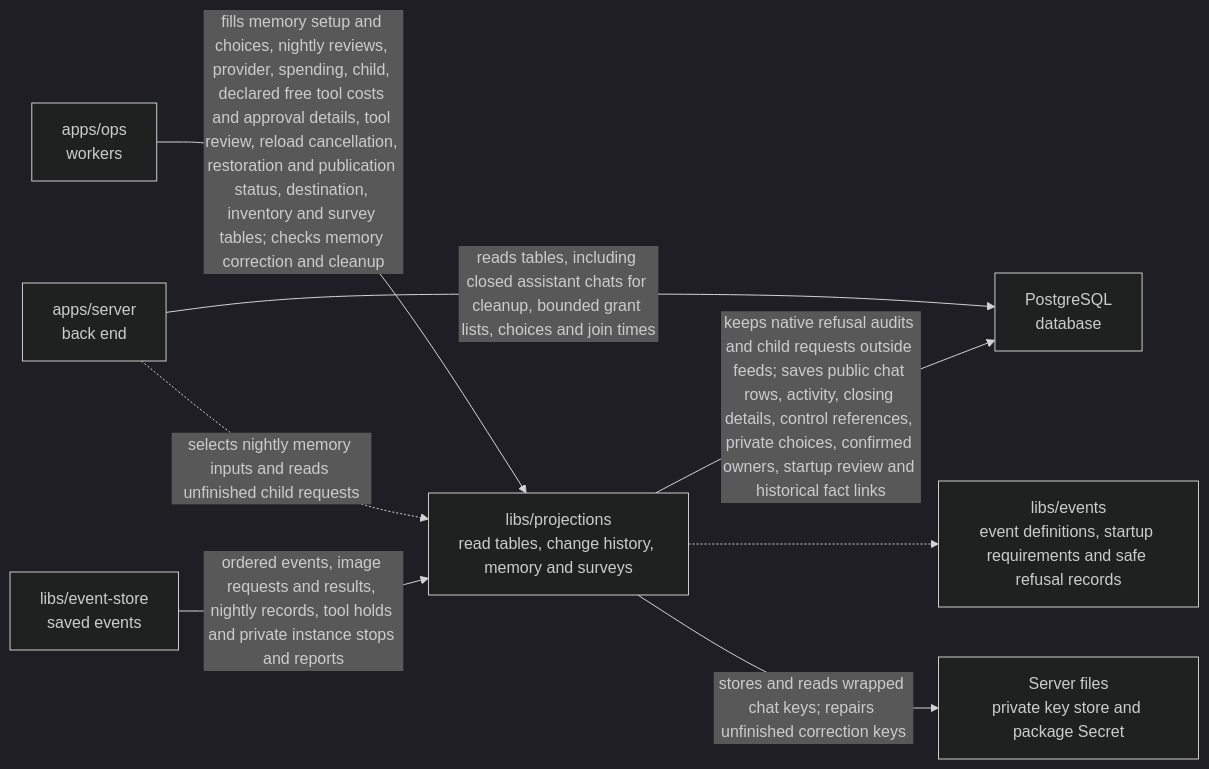
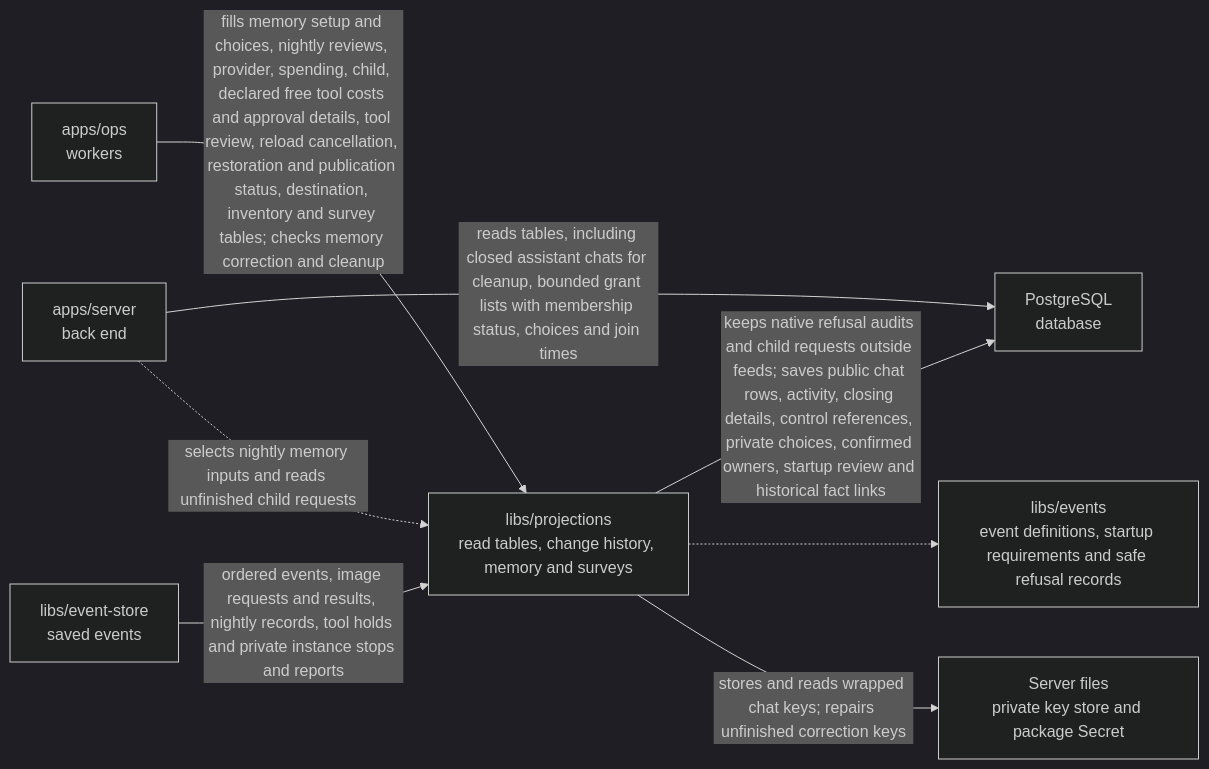
One commit to elewa-git/opencrane-new changed the diagram in libs/projections/README.md. Above: the diagram before and after it, drawn with Mermaid (dark theme). The commit also changed other lines of this file and 6 other files, not shown here.

````diff
--- a/libs/projections/README.md
+++ b/libs/projections/README.md
@@ -23,10 +23,10 @@
 ```mermaid
 flowchart LR
   ops["apps/ops<br/>workers"] -->|fills memory setup and choices, nightly reviews, provider, spending, child, declared free tool costs and approval details, tool review, reload cancellation, restoration and publication status, destination, inventory and survey tables; checks memory correction and cleanup| projections["libs/projections<br/>read tables, change history, memory and surveys"]
-  server["apps/server<br/>back end"] -->|reads tables, including closed assistant chats for cleanup, bounded grant lists, choices and join times| pg["PostgreSQL<br/>database"]
+  server["apps/server<br/>back end"] -->|reads tables, including closed assistant chats for cleanup, bounded grant lists with membership status, choices and join times| pg["PostgreSQL<br/>database"]
   projections -->|keeps native refusal audits and child requests outside feeds; saves public chat rows, activity, closing details, control references, private choices, confirmed owners, startup review and historical fact links| pg
   store["libs/event-store<br/>saved events"] -->|ordered events, image requests and results, nightly records, tool holds and private instance stops and reports| projections
   server -.->|selects nightly memory inputs and reads unfinished child requests| projections
   projections -.-> events["libs/events<br/>event definitions, startup requirements and safe refusal records"]
   projections -->|stores and reads wrapped chat keys; repairs unfinished correction keys| keys["Server files<br/>private key store and package Secret"]
 ```
````
